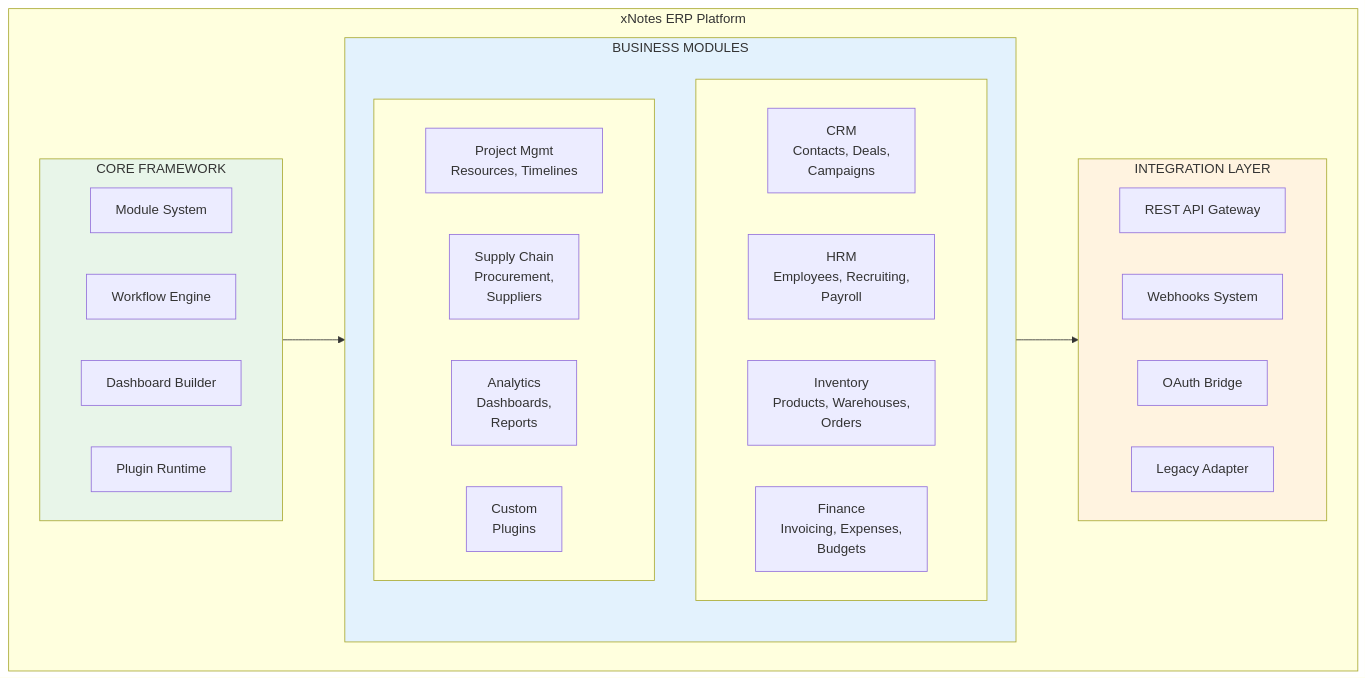
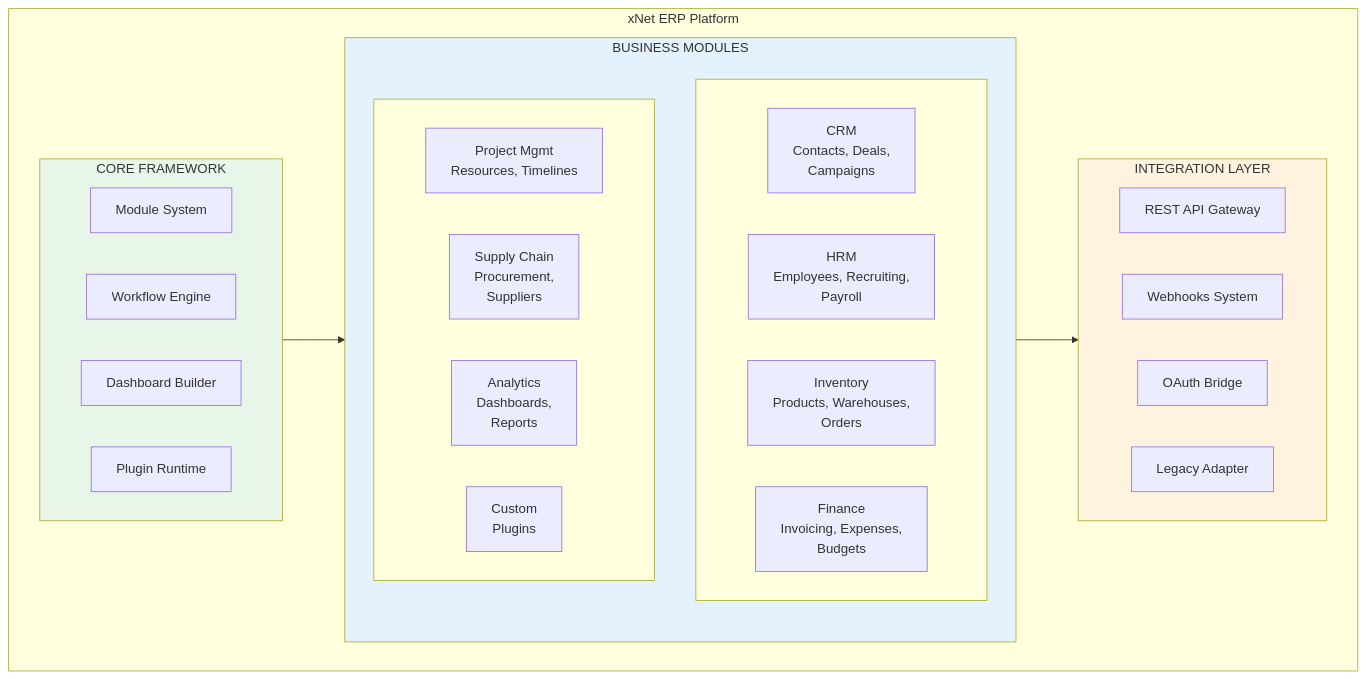
One commit to crs48/xNet changed the first of 4 diagrams in docs/plan/05-phase-3-erp.md. Above: the diagram before and after it, drawn with Mermaid. The commit also changed other lines of this file and 44 other files, not shown here.

First line of the commit message:
Rename xNotes to xNet throughout codebase

````diff
--- a/docs/plan/05-phase-3-erp.md
+++ b/docs/plan/05-phase-3-erp.md
@@ -19,45 +19,45 @@
 ```mermaid
 graph TB
-    subgraph Platform["xNotes ERP Platform"]
+    subgraph Platform["xNet ERP Platform"]
 
         subgraph Core["CORE FRAMEWORK"]
             direction LR
             ModSys[Module System]
             Workflow[Workflow Engine]
             DashBuilder[Dashboard Builder]
             PluginRT[Plugin Runtime]
         end
 
         subgraph Business["BUSINESS MODULES"]
             subgraph Row1[" "]
                 direction LR
                 CRM["CRM<br/>Contacts, Deals,<br/>Campaigns"]
                 HRM["HRM<br/>Employees, Recruiting,<br/>Payroll"]
                 INV["Inventory<br/>Products, Warehouses,<br/>Orders"]
                 FIN["Finance<br/>Invoicing, Expenses,<br/>Budgets"]
             end
             subgraph Row2[" "]
                 direction LR
                 PM["Project Mgmt<br/>Resources, Timelines"]
                 SCM["Supply Chain<br/>Procurement,<br/>Suppliers"]
                 Analytics["Analytics<br/>Dashboards,<br/>Reports"]
                 Custom["Custom<br/>Plugins"]
             end
         end
 
         subgraph Integration["INTEGRATION LAYER"]
             direction LR
             REST[REST API Gateway]
             Webhooks[Webhooks System]
             OAuth[OAuth Bridge]
             Legacy[Legacy Adapter]
         end
     end
 
     Core --> Business
     Business --> Integration
 
     style Core fill:#e8f5e9
     style Business fill:#e3f2fd
     style Integration fill:#fff3e0
 ```
````
